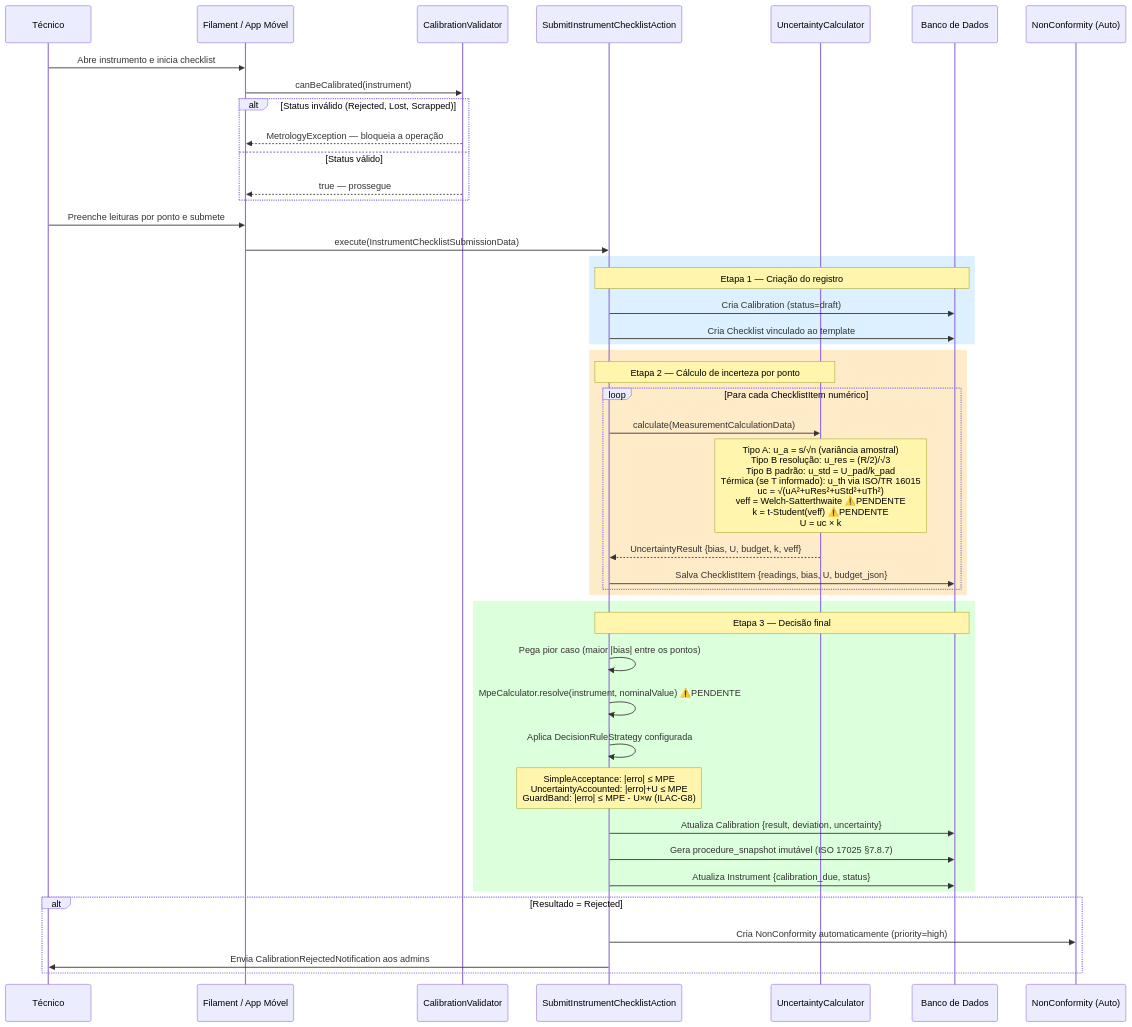
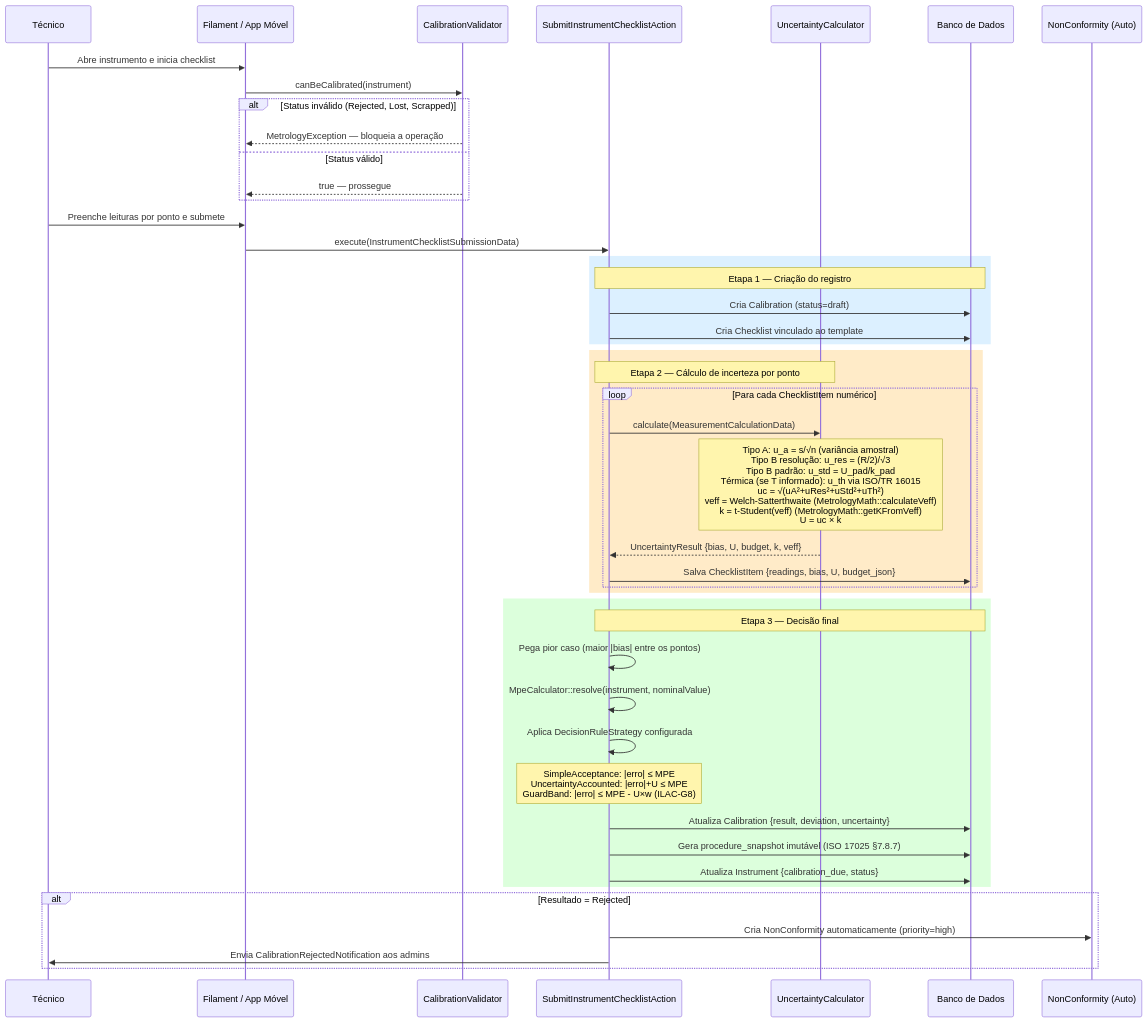
The third of 8 diagrams in docs/metrology/METROLOGY_MODULE_GUIDE.md (Andre-Macedo/amemiya), drawn with Mermaid before and after one commit. The commit also changed other lines of this file and 6 other files, not shown here.

````diff
--- a/docs/metrology/METROLOGY_MODULE_GUIDE.md
+++ b/docs/metrology/METROLOGY_MODULE_GUIDE.md
@@ -81,54 +81,54 @@
 ```mermaid
 sequenceDiagram
     participant Tech as Técnico
     participant UI as Filament / App Móvel
     participant Val as CalibrationValidator
     participant Action as SubmitInstrumentChecklistAction
     participant Calc as UncertaintyCalculator
     participant DB as Banco de Dados
     participant NC as NonConformity (Auto)
 
     Tech->>UI: Abre instrumento e inicia checklist
     UI->>Val: canBeCalibrated(instrument)
     alt Status inválido (Rejected, Lost, Scrapped)
         Val-->>UI: MetrologyException — bloqueia a operação
     else Status válido
         Val-->>UI: true — prossegue
     end
 
     Tech->>UI: Preenche leituras por ponto e submete
 
     UI->>Action: execute(InstrumentChecklistSubmissionData)
 
     rect rgb(220,240,255)
         Note over Action,DB: Etapa 1 — Criação do registro
         Action->>DB: Cria Calibration (status=draft)
         Action->>DB: Cria Checklist vinculado ao template
     end
 
     rect rgb(255,235,200)
         Note over Action,Calc: Etapa 2 — Cálculo de incerteza por ponto
         loop Para cada ChecklistItem numérico
             Action->>Calc: calculate(MeasurementCalculationData)
-            Note over Calc: Tipo A: u_a = s/√n (variância amostral)<br/>Tipo B resolução: u_res = (R/2)/√3<br/>Tipo B padrão: u_std = U_pad/k_pad<br/>Térmica (se T informado): u_th via ISO/TR 16015<br/>uc = √(uA²+uRes²+uStd²+uTh²)<br/>veff = Welch-Satterthwaite ⚠️PENDENTE<br/>k = t-Student(veff) ⚠️PENDENTE<br/>U = uc × k
+            Note over Calc: Tipo A: u_a = s/√n (variância amostral)<br/>Tipo B resolução: u_res = (R/2)/√3<br/>Tipo B padrão: u_std = U_pad/k_pad<br/>Térmica (se T informado): u_th via ISO/TR 16015<br/>uc = √(uA²+uRes²+uStd²+uTh²)<br/>veff = Welch-Satterthwaite (MetrologyMath::calculateVeff)<br/>k = t-Student(veff) (MetrologyMath::getKFromVeff)<br/>U = uc × k
             Calc-->>Action: UncertaintyResult {bias, U, budget, k, veff}
             Action->>DB: Salva ChecklistItem {readings, bias, U, budget_json}
         end
     end
 
     rect rgb(220,255,220)
         Note over Action,DB: Etapa 3 — Decisão final
         Action->>Action: Pega pior caso (maior |bias| entre os pontos)
-        Action->>Action: MpeCalculator.resolve(instrument, nominalValue) ⚠️PENDENTE
+        Action->>Action: MpeCalculator::resolve(instrument, nominalValue)
         Action->>Action: Aplica DecisionRuleStrategy configurada
         Note over Action: SimpleAcceptance: |erro| ≤ MPE<br/>UncertaintyAccounted: |erro|+U ≤ MPE<br/>GuardBand: |erro| ≤ MPE - U×w (ILAC-G8)
         Action->>DB: Atualiza Calibration {result, deviation, uncertainty}
         Action->>DB: Gera procedure_snapshot imutável (ISO 17025 §7.8.7)
         Action->>DB: Atualiza Instrument {calibration_due, status}
     end
 
     alt Resultado = Rejected
         Action->>NC: Cria NonConformity automaticamente (priority=high)
         Action->>Tech: Envia CalibrationRejectedNotification aos admins
     end
 ```
````
